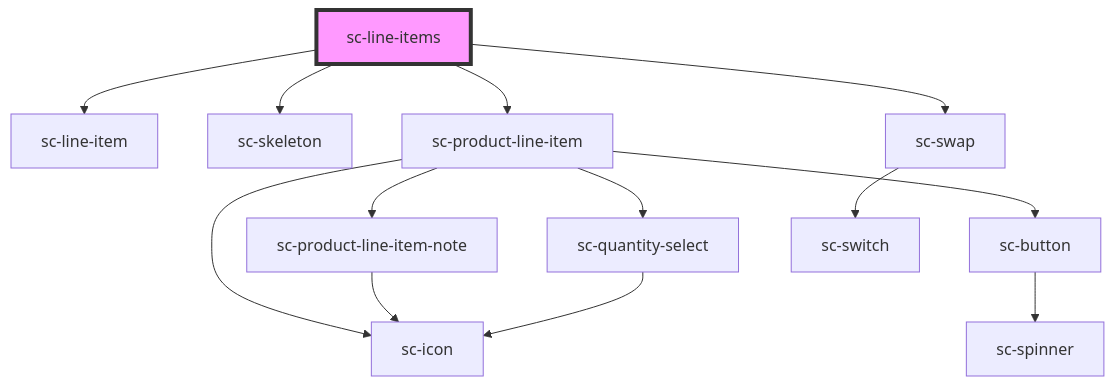
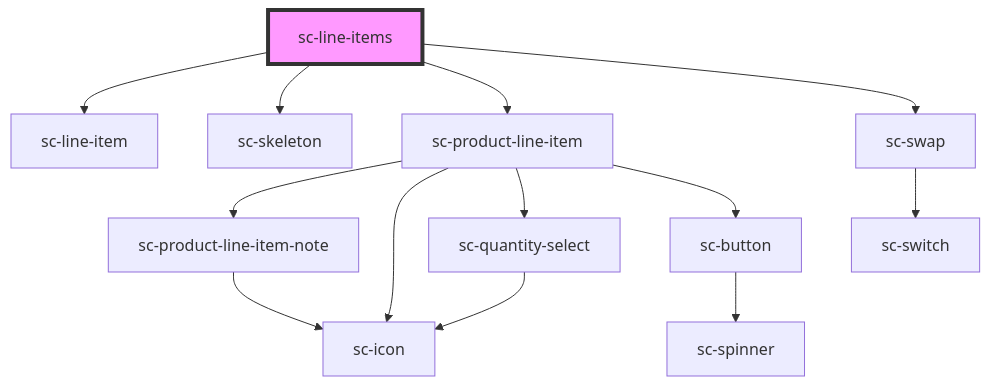
One commit to surecart/surecart-wp-plugin changed the diagram in packages/components/src/components/controllers/checkout-form/line-items/readme.md. Above: the diagram before and after it, drawn with Mermaid. The commit also changed other lines of this file and 21 other files, not shown here.

````diff
--- a/packages/components/src/components/controllers/checkout-form/line-items/readme.md
+++ b/packages/components/src/components/controllers/checkout-form/line-items/readme.md
@@ -49,16 +49,16 @@
 ```mermaid
 graph TD;
   sc-line-items --> sc-line-item
   sc-line-items --> sc-skeleton
   sc-line-items --> sc-product-line-item
   sc-line-items --> sc-swap
   sc-product-line-item --> sc-product-line-item-note
+  sc-product-line-item --> sc-icon
   sc-product-line-item --> sc-quantity-select
   sc-product-line-item --> sc-button
-  sc-product-line-item --> sc-icon
   sc-product-line-item-note --> sc-icon
   sc-quantity-select --> sc-icon
   sc-button --> sc-spinner
   sc-swap --> sc-switch
   style sc-line-items fill:#f9f,stroke:#333,stroke-width:4px
 ```
````
